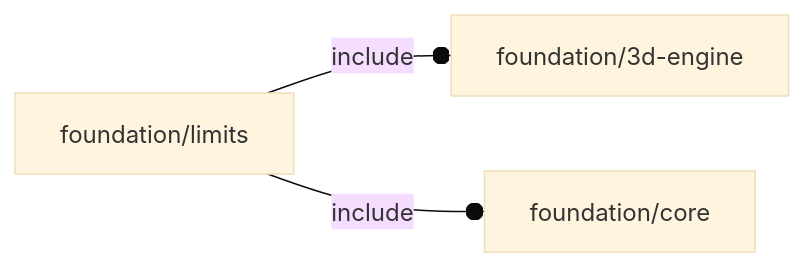
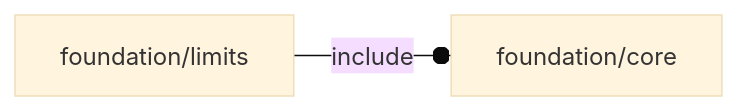
One commit to ggabbiani/OFL changed the diagram in orthodocs/foundation/limits.md. Above: the diagram before and after it, drawn with Mermaid (base theme). The commit also changed 34 other files, not shown here.

Commit message:
tube.scad and torus.scad merged into foundation/3d-engine.scad

````diff
--- a/orthodocs/foundation/limits.md
+++ b/orthodocs/foundation/limits.md
@@ -5,5 +5,4 @@
 ```mermaid
 graph LR
-    A1[foundation/limits] --o|include| A2[foundation/3d-engine]
-    A1 --o|include| A3[foundation/core]
+    A1[foundation/limits] --o|include| A2[foundation/core]
 ```
````
